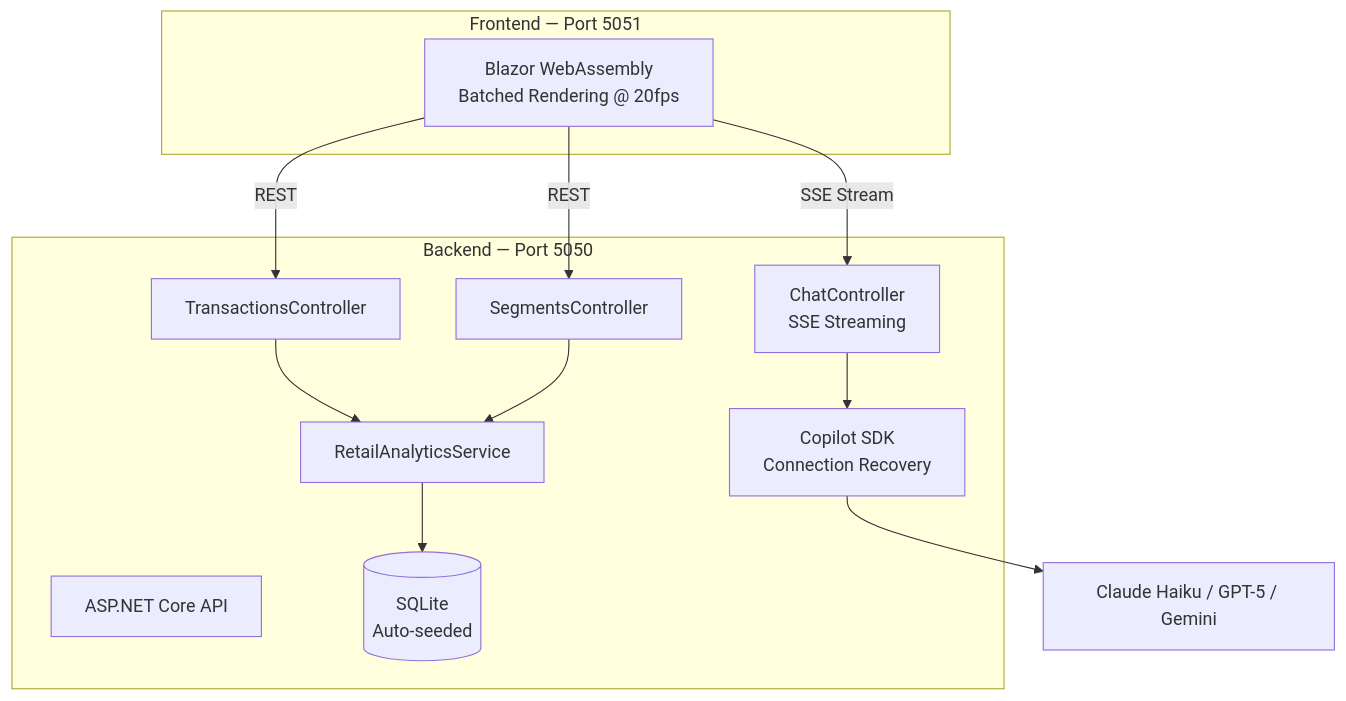
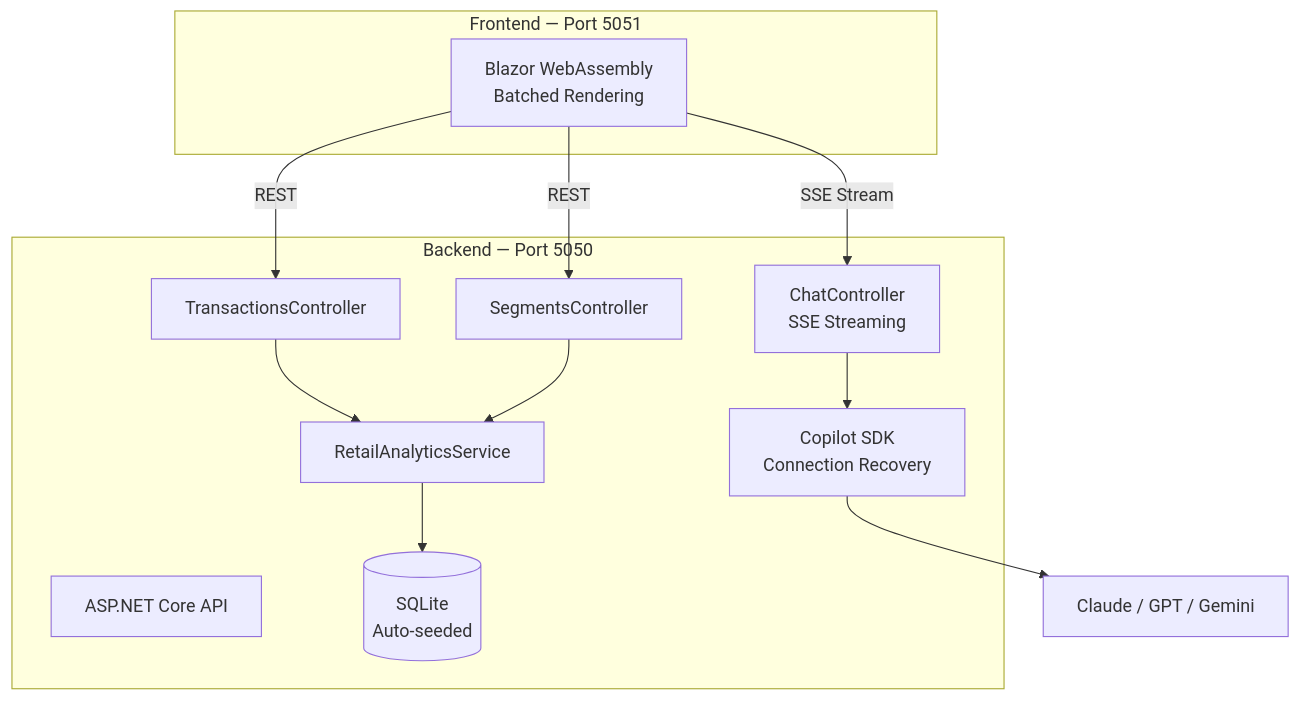
Before and after one commit to Tachaan/aigenius-copilotsdk-s5ep2: the diagram in README.md, drawn with Mermaid. The commit also changed other lines of this file and 102 other files, not shown here.

````diff
--- a/README.md
+++ b/README.md
@@ -136,25 +193,25 @@
 ```mermaid
 graph TB
     subgraph "Frontend — Port 5051"
-        UI[Blazor WebAssembly<br/>Batched Rendering @ 20fps]
+        UI[Blazor WebAssembly<br/>Batched Rendering]
     end
-    
+
     subgraph "Backend — Port 5050"
         API[ASP.NET Core API]
         Chat[ChatController<br/>SSE Streaming]
         Txn[TransactionsController]
         Seg[SegmentsController]
         SDK[Copilot SDK<br/>Connection Recovery]
         SVC[RetailAnalyticsService]
         DB[(SQLite<br/>Auto-seeded)]
     end
-    
+
     UI -->|SSE Stream| Chat
     UI -->|REST| Txn
     UI -->|REST| Seg
     Chat --> SDK
     Txn --> SVC
     Seg --> SVC
     SVC --> DB
-    SDK --> Models[Claude Haiku / GPT-5 / Gemini]
+    SDK --> Models[Claude / GPT / Gemini]
 ```
````
